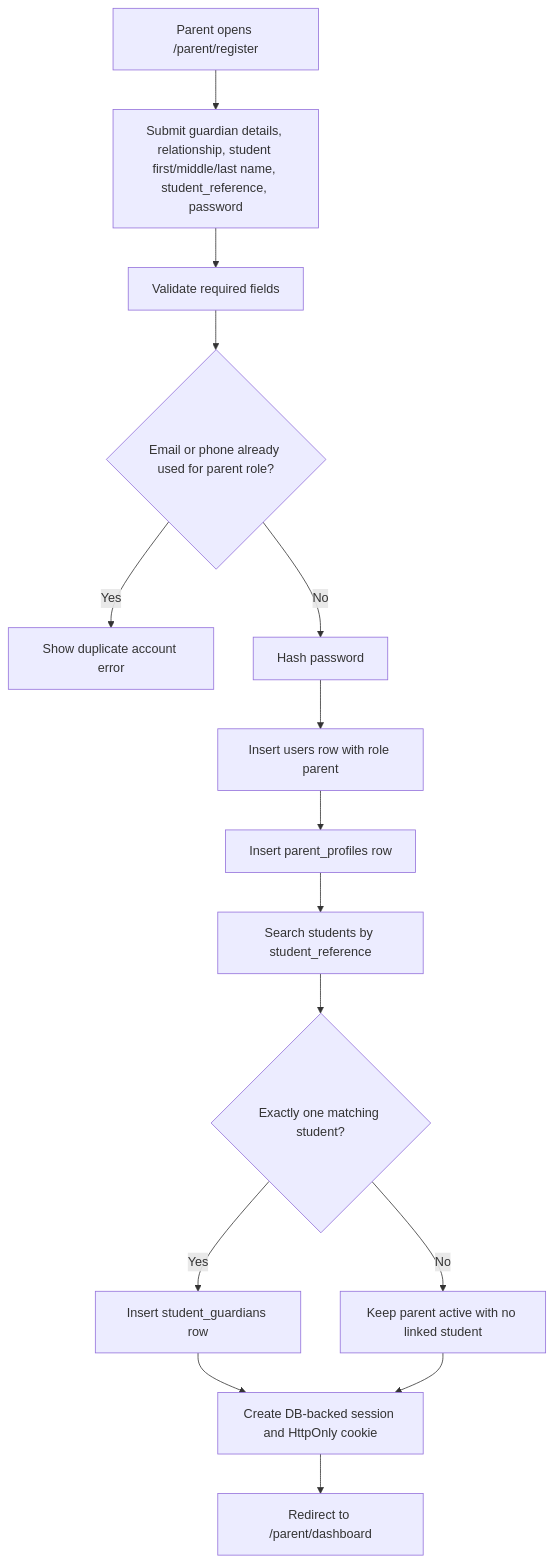
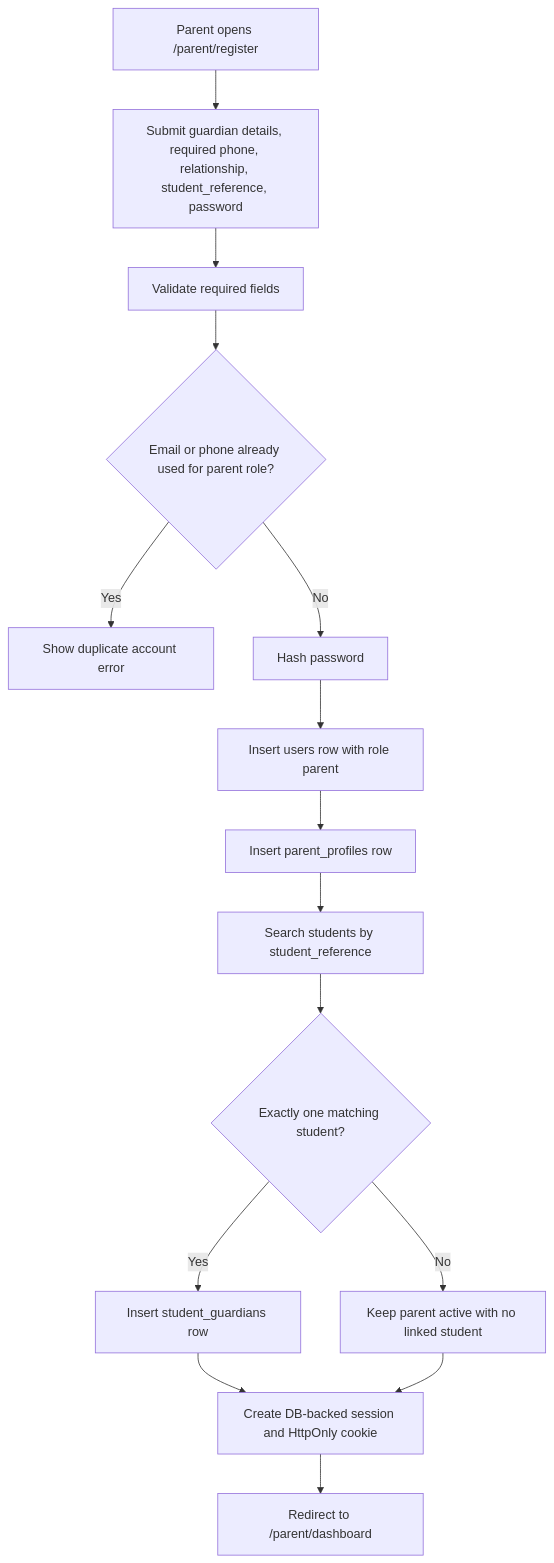
One commit to Xeyn19/xmetapay changed the seventh of 17 diagrams in docs/PROJECT_FLOWCHARTS.md. Above: the diagram before and after it, drawn with Mermaid. The commit also changed 7 other files, not shown here.

````diff
--- a/docs/PROJECT_FLOWCHARTS.md
+++ b/docs/PROJECT_FLOWCHARTS.md
@@ -247,17 +247,17 @@
 ```mermaid
 flowchart TD
-  A["Parent opens /parent/register"] --> B["Submit guardian details, relationship, student first/middle/last name, student_reference, password"]
+  A["Parent opens /parent/register"] --> B["Submit guardian details, required phone, relationship, student_reference, password"]
   B --> C["Validate required fields"]
   C --> D{"Email or phone already used for parent role?"}
   D -->|Yes| E["Show duplicate account error"]
   D -->|No| F["Hash password"]
   F --> G["Insert users row with role parent"]
   G --> H["Insert parent_profiles row"]
   H --> I["Search students by student_reference"]
   I --> J{"Exactly one matching student?"}
   J -->|Yes| K["Insert student_guardians row"]
   J -->|No| L["Keep parent active with no linked student"]
   K --> M["Create DB-backed session and HttpOnly cookie"]
   L --> M
   M --> N["Redirect to /parent/dashboard"]
 ```
````
